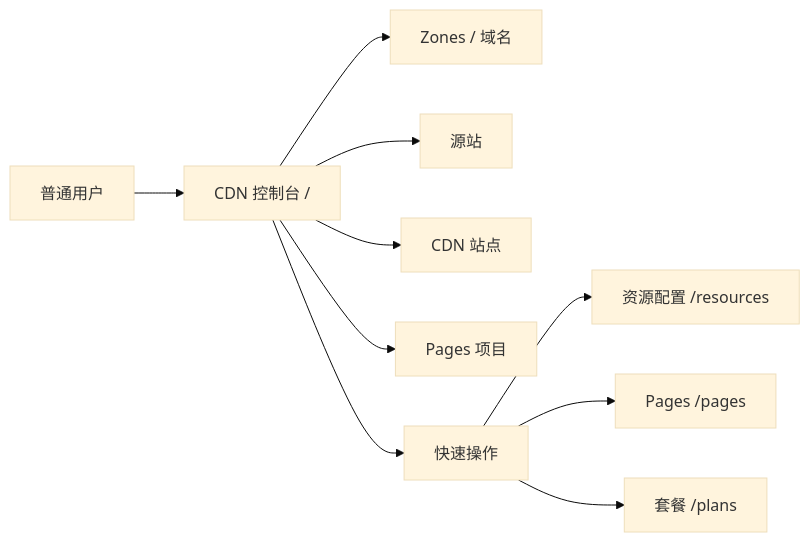
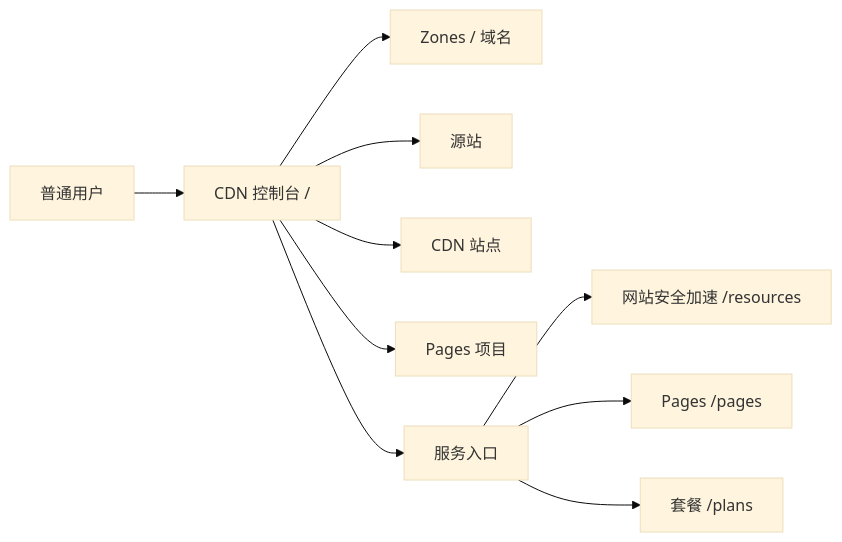
The diagram in docs/design/ordinary-user-dashboard.md (diyanqi/infedge), drawn with Mermaid (base theme) before and after one commit. The commit also changed other lines of this file and 11 other files, not shown here.

````diff
--- a/docs/design/ordinary-user-dashboard.md
+++ b/docs/design/ordinary-user-dashboard.md
@@ -30,12 +32,12 @@
 ```mermaid
 flowchart LR
   User[普通用户] --> Console[CDN 控制台 /]
   Console --> Zones[Zones / 域名]
   Console --> Origins[源站]
   Console --> Routes[CDN 站点]
   Console --> Pages[Pages 项目]
-  Console --> Actions[快速操作]
-  Actions --> Resources[资源配置 /resources]
+  Console --> Actions[服务入口]
+  Actions --> Resources[网站安全加速 /resources]
   Actions --> PagesPage[Pages /pages]
   Actions --> Plans[套餐 /plans]
 ```
````
